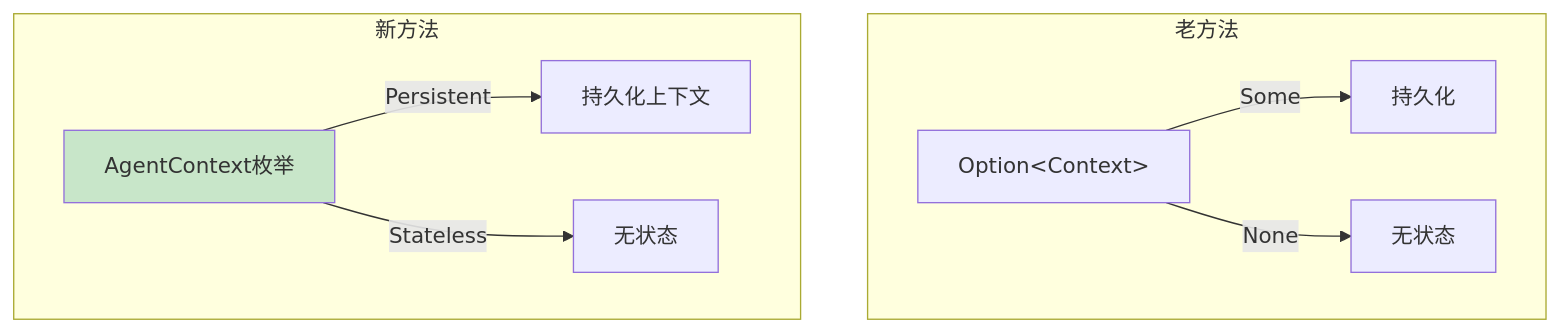
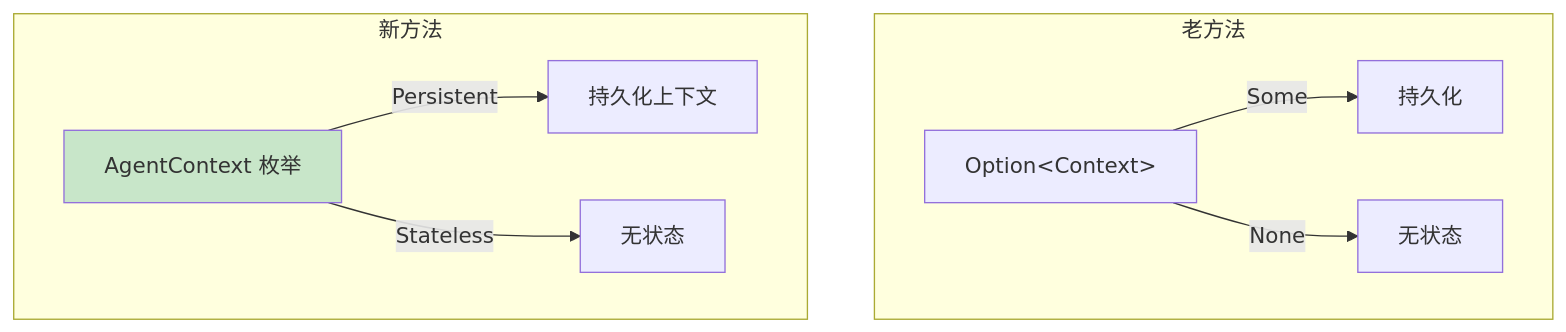
Before and after one commit to yeheng/nanobot-rs: diagram 12 of 20 in docs/architecture.md, drawn with Mermaid. The commit also changed other lines of this file and 11 other files, not shown here.

````diff
--- a/docs/architecture.md
+++ b/docs/architecture.md
@@ -375,16 +393,16 @@
 ```mermaid
 flowchart TB
     subgraph 老方法
-        O[Option&lt;Context&gt;]
+        O["Option&lt;Context&gt;"]
         O -->|Some| P[持久化]
         O -->|None| S[无状态]
     end
-    
+
     subgraph 新方法
-        E[AgentContext枚举]
+        E["AgentContext 枚举"]
         E -->|Persistent| P2[持久化上下文]
         E -->|Stateless| S2[无状态]
     end
-    
+
     style E fill:#C8E6C9
 ```
````
